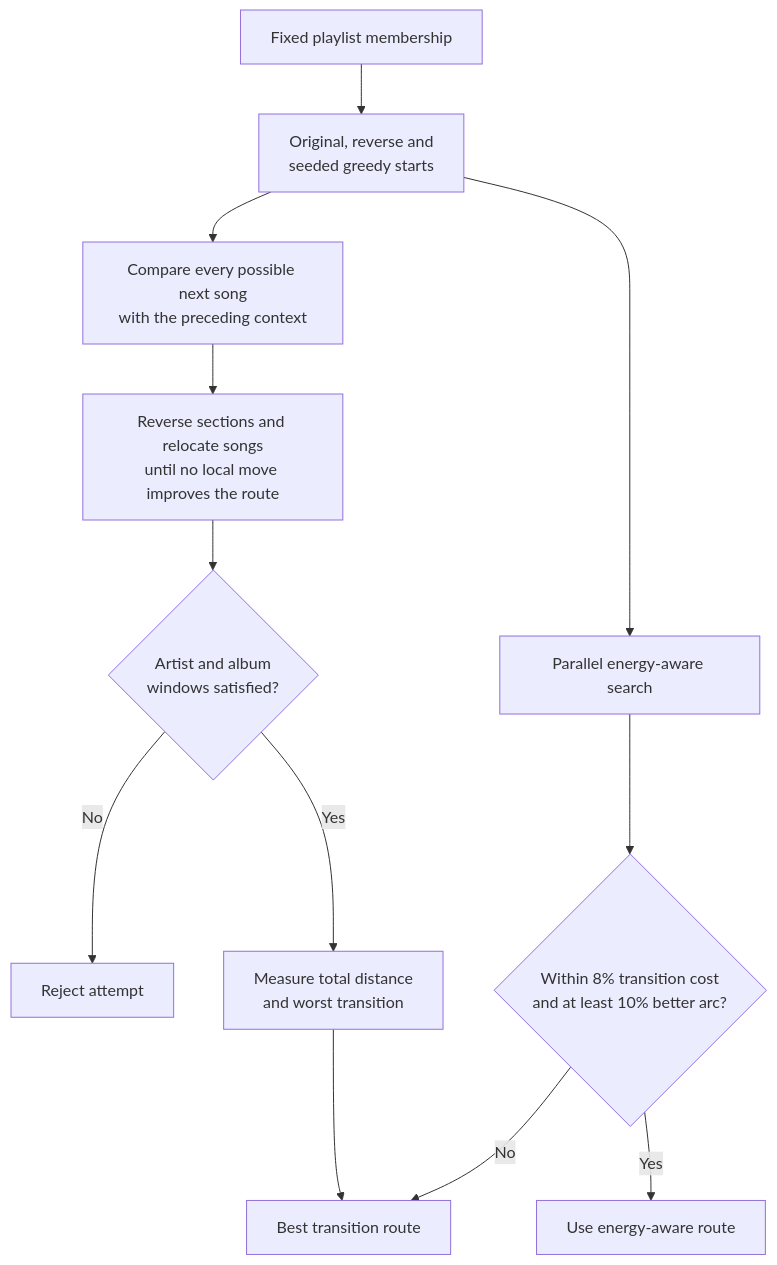
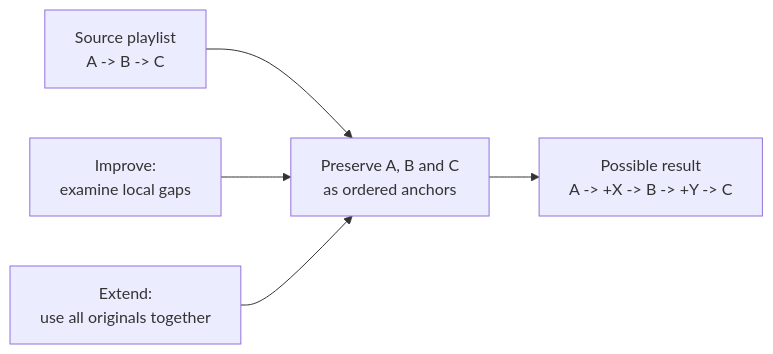
One commit to chrober/lms-better-call-bliss changed the sixth of 12 diagrams in ALGORITHMS.md. Above: the diagram before and after it, drawn with Mermaid. The commit also changed other lines of this file and 20 other files, not shown here.

```diff
--- a/ALGORITHMS.md
+++ b/ALGORITHMS.md
@@ -184,14 +268,7 @@
 ~~~mermaid
-flowchart TD
-    A["Fixed playlist membership"] --> B["Original, reverse and<br/>seeded greedy starts"]
-    B --> C["Compare every possible next song<br/>with the preceding context"]
-    C --> D["Reverse sections and relocate songs<br/>until no local move improves the route"]
-    D --> E{"Artist and album<br/>windows satisfied?"}
-    E -- No --> X["Reject attempt"]
-    E -- Yes --> F["Measure total distance<br/>and worst transition"]
-    F --> G["Best transition route"]
-    B --> H["Parallel energy-aware search"]
-    H --> I{"Within 8% transition cost<br/>and at least 10% better arc?"}
-    I -- Yes --> J["Use energy-aware route"]
-    I -- No --> G
+flowchart LR
+    S["Source playlist<br/>A -> B -> C"] --> P["Preserve A, B and C<br/>as ordered anchors"]
+    G["Improve:<br/>examine local gaps"] --> P
+    E["Extend:<br/>use all originals together"] --> P
+    P --> R["Possible result<br/>A -> +X -> B -> +Y -> C"]
 ~~~
```
